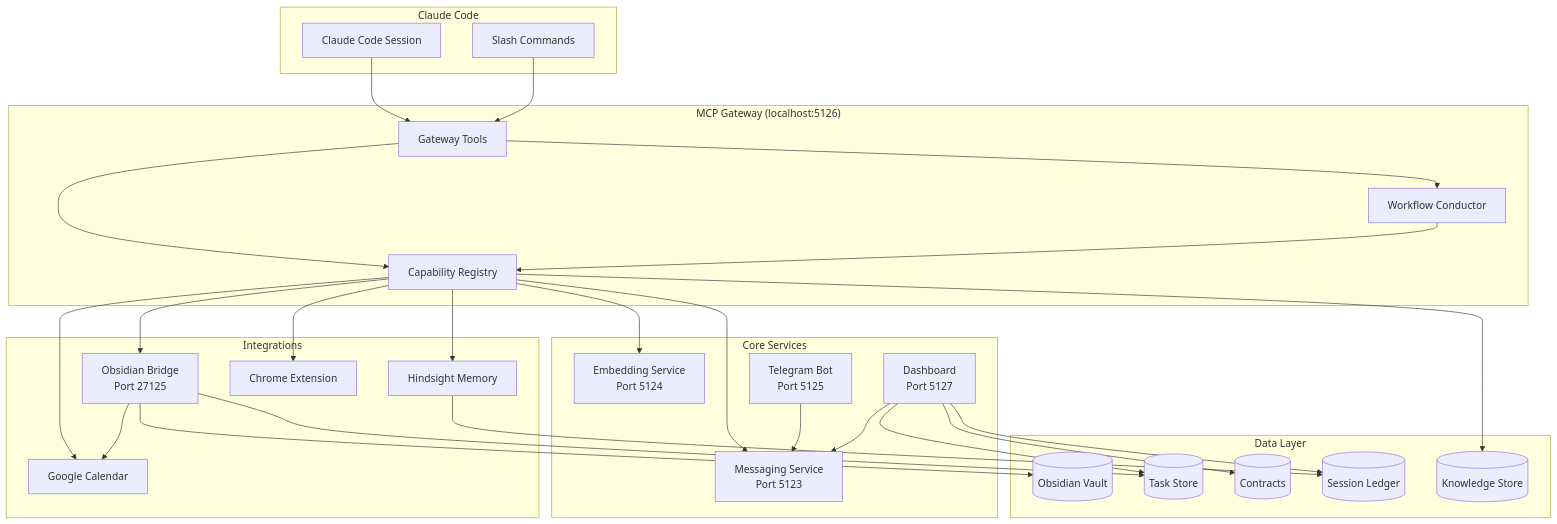
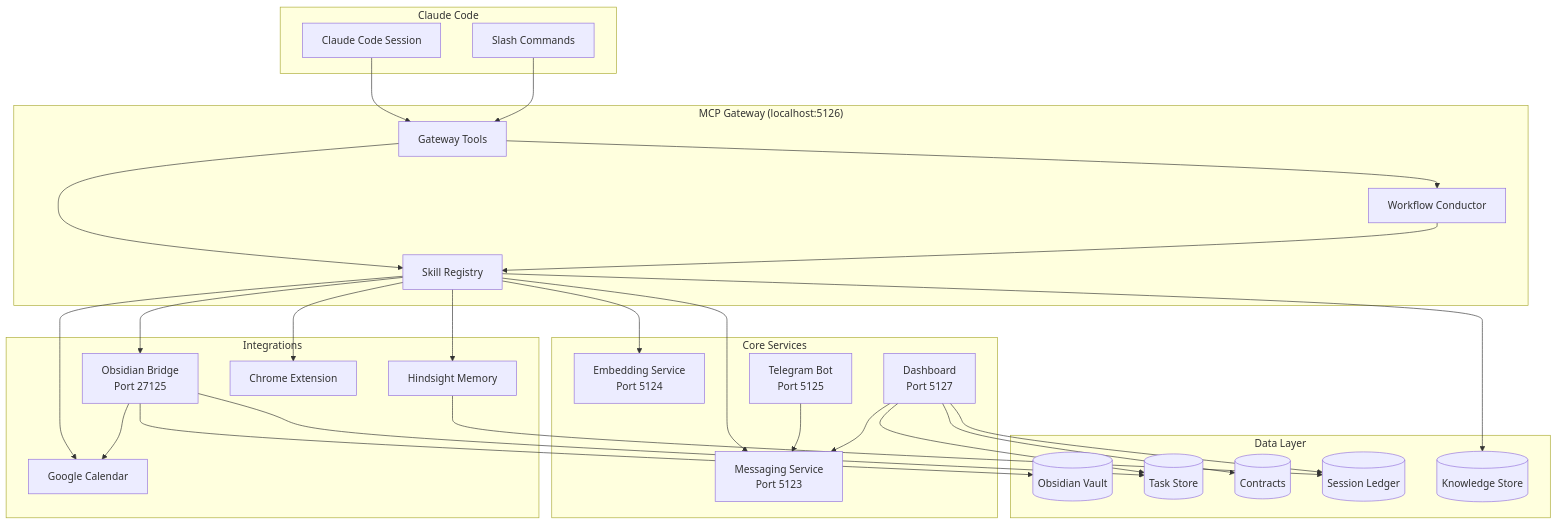
The diagram in docs/architecture.md (KadenMc/work-buddy), drawn with Mermaid before and after one commit. The commit also changed other lines of this file and 922 other files, not shown here.

````diff
--- a/docs/architecture.md
+++ b/docs/architecture.md
@@ -5,47 +5,47 @@
 ```mermaid
 graph TB
     subgraph "Claude Code"
         CC[Claude Code Session]
         SC[Slash Commands]
     end
 
     subgraph "MCP Gateway (localhost:5126)"
         GW[Gateway Tools]
-        REG[Capability Registry]
+        REG[Skill Registry]
         COND[Workflow Conductor]
     end
 
     subgraph "Core Services"
         MSG[Messaging Service<br/>Port 5123]
         EMB[Embedding Service<br/>Port 5124]
         TG[Telegram Bot<br/>Port 5125]
         DASH[Dashboard<br/>Port 5127]
     end
 
     subgraph "Integrations"
         OBS[Obsidian Bridge<br/>Port 27125]
         MEM[Hindsight Memory]
         CAL[Google Calendar]
         CHR[Chrome Extension]
     end
 
     subgraph "Data Layer"
         VAULT[(Obsidian Vault)]
         TASKS[(Task Store)]
         CONTRACTS[(Contracts)]
         SESSIONS[(Session Ledger)]
         KNOW[(Knowledge Store)]
     end
 
     CC --> GW
     SC --> GW
     GW --> REG
     GW --> COND
     REG --> MSG & EMB & OBS & MEM & CAL & CHR
     COND --> REG
     OBS --> VAULT & TASKS & CAL
     TG --> MSG
     DASH --> MSG & TASKS & CONTRACTS & SESSIONS
     MEM --> SESSIONS
     REG --> KNOW
 ```
````
